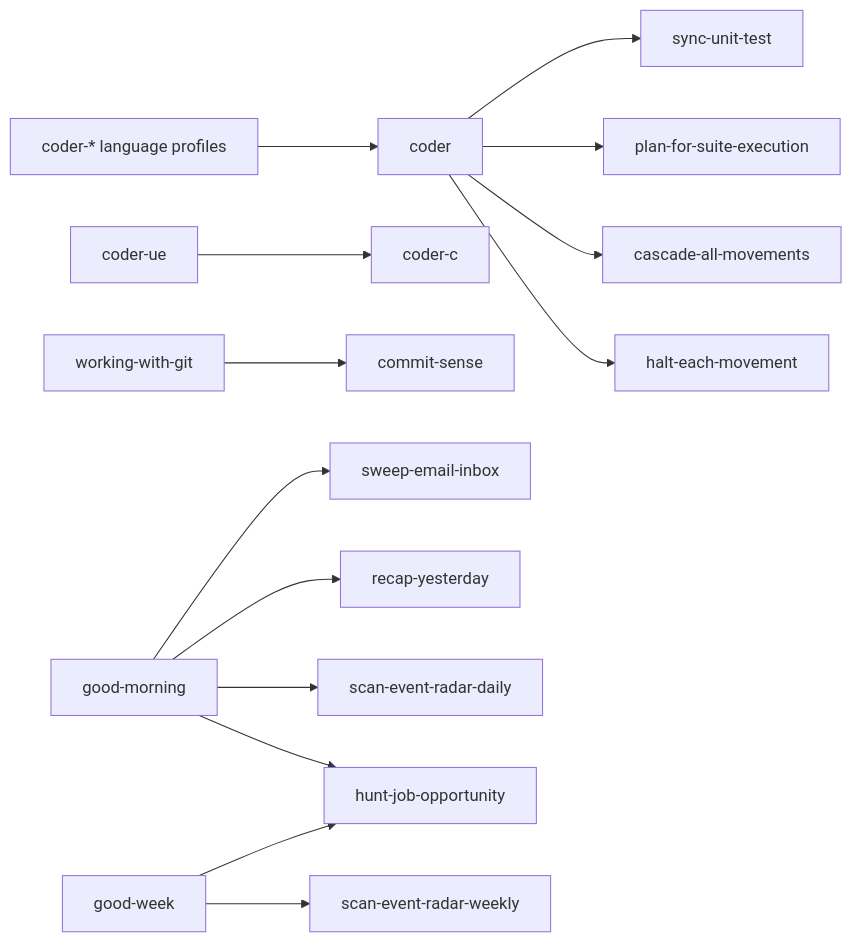
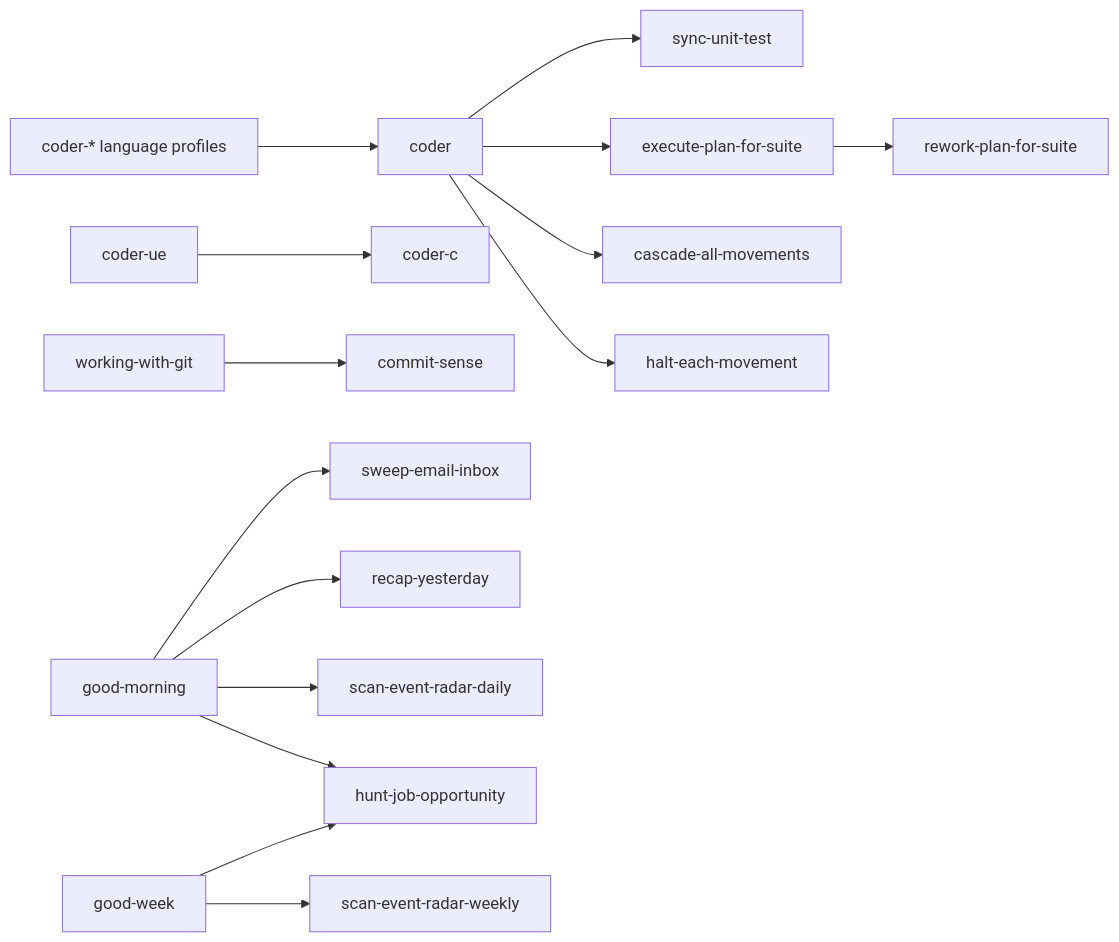
The seventh of 7 diagrams in docs/blueprint-doc.md (kami-lel/kaye-library), drawn with Mermaid before and after one commit. The commit also changed other lines of this file and 1 other file, not shown here.

Commit message:
update blueprint graphs, context for execute and rework skills
📖`blueprint-doc.md` rename execute node, add rework node and edge
🤖`CONTEXT.md` name Execution, Rework sections in Coder row

````diff
--- a/docs/blueprint-doc.md
+++ b/docs/blueprint-doc.md
@@ -175,16 +176,17 @@
 ```mermaid
 flowchart LR
     coder_profiles["coder-* language profiles"] --> coder
     coder_ue["coder-ue"] --> coder_c["coder-c"]
     coder --> sync_unit_test["sync-unit-test"]
-    coder --> plan_for_suite_execution["plan-for-suite-execution"]
+    coder --> execute_plan_for_suite["execute-plan-for-suite"]
+    execute_plan_for_suite --> rework_plan_for_suite["rework-plan-for-suite"]
     coder --> cascade_all_movements["cascade-all-movements"]
     coder --> halt_each_movement["halt-each-movement"]
     working_with_git["working-with-git"] --> commit_sense["commit-sense"]
     good_morning["good-morning"] --> sweep_email_inbox["sweep-email-inbox"]
     good_morning --> recap_yesterday["recap-yesterday"]
     good_morning --> scan_event_radar_daily["scan-event-radar-daily"]
     good_morning --> hunt_job_opportunity["hunt-job-opportunity"]
     good_week["good-week"] --> scan_event_radar_weekly["scan-event-radar-weekly"]
     good_week --> hunt_job_opportunity
 ```
````
